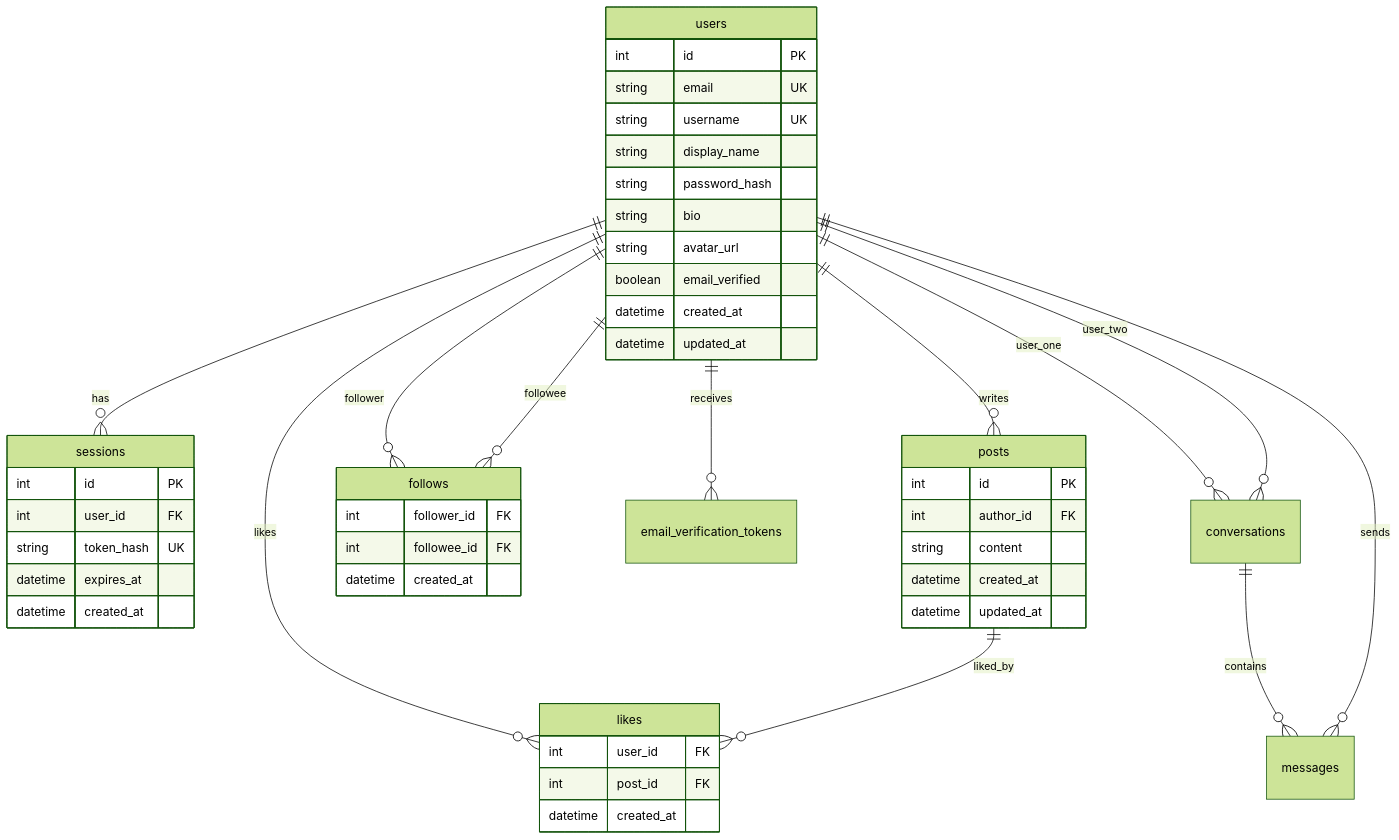
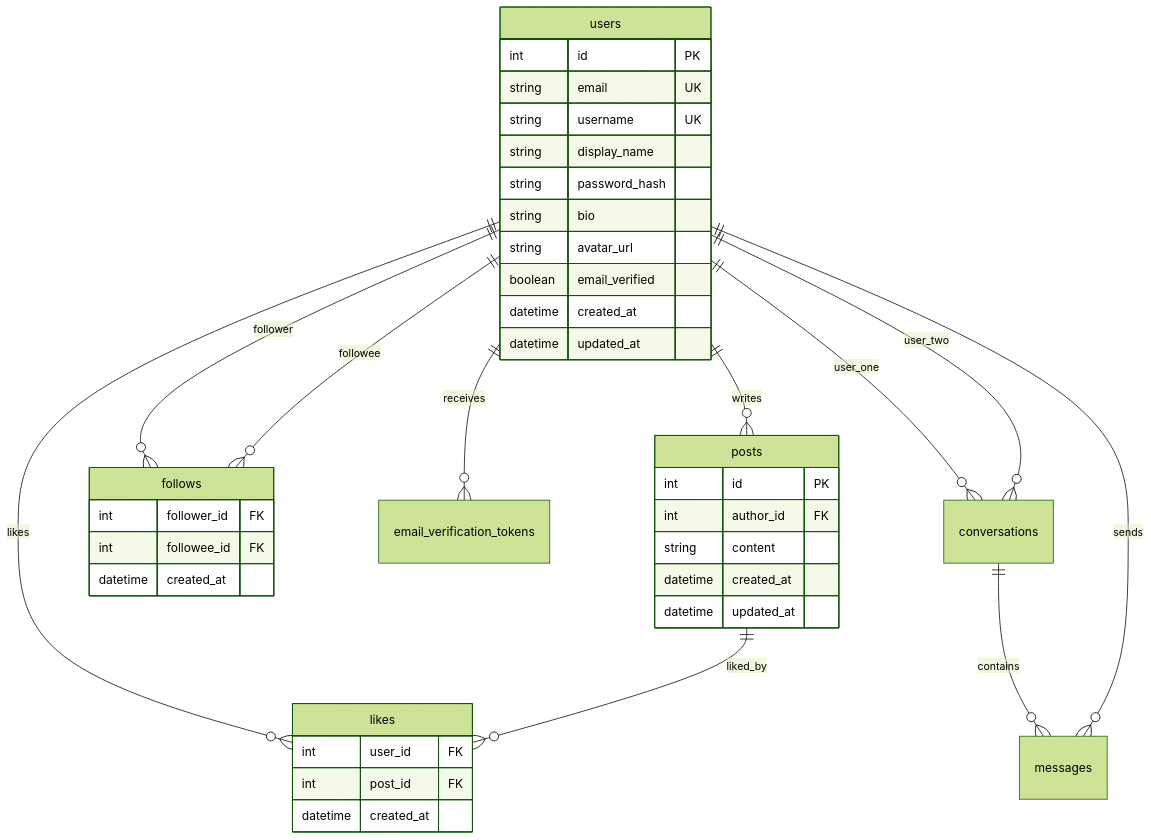
The diagram in cloudflare-site/src/content/docs/sns/requirements.md (dik-ab/school-curriculum-platform), drawn with Mermaid (forest theme) before and after one commit. The commit also changed other lines of this file, not shown here.

````diff
--- a/cloudflare-site/src/content/docs/sns/requirements.md
+++ b/cloudflare-site/src/content/docs/sns/requirements.md
@@ -231,55 +229,46 @@
 ```mermaid
 erDiagram
-    users ||--o{ sessions : "has"
     users ||--o{ posts : "writes"
     users ||--o{ likes : "likes"
     posts ||--o{ likes : "liked_by"
     users ||--o{ follows : "follower"
     users ||--o{ follows : "followee"
     users ||--o{ email_verification_tokens : "receives"
     users ||--o{ conversations : "user_one"
     users ||--o{ conversations : "user_two"
     conversations ||--o{ messages : "contains"
     users ||--o{ messages : "sends"
 
     users {
         int id PK
         string email UK
         string username UK
         string display_name
         string password_hash
         string bio
         string avatar_url
         boolean email_verified
         datetime created_at
         datetime updated_at
     }
 
-    sessions {
-        int id PK
-        int user_id FK
-        string token_hash UK
-        datetime expires_at
-        datetime created_at
-    }
-
     posts {
         int id PK
         int author_id FK
         string content
         datetime created_at
         datetime updated_at
     }
 
     likes {
         int user_id FK
         int post_id FK
         datetime created_at
     }
 
     follows {
         int follower_id FK
         int followee_id FK
         datetime created_at
     }
 ```
````
